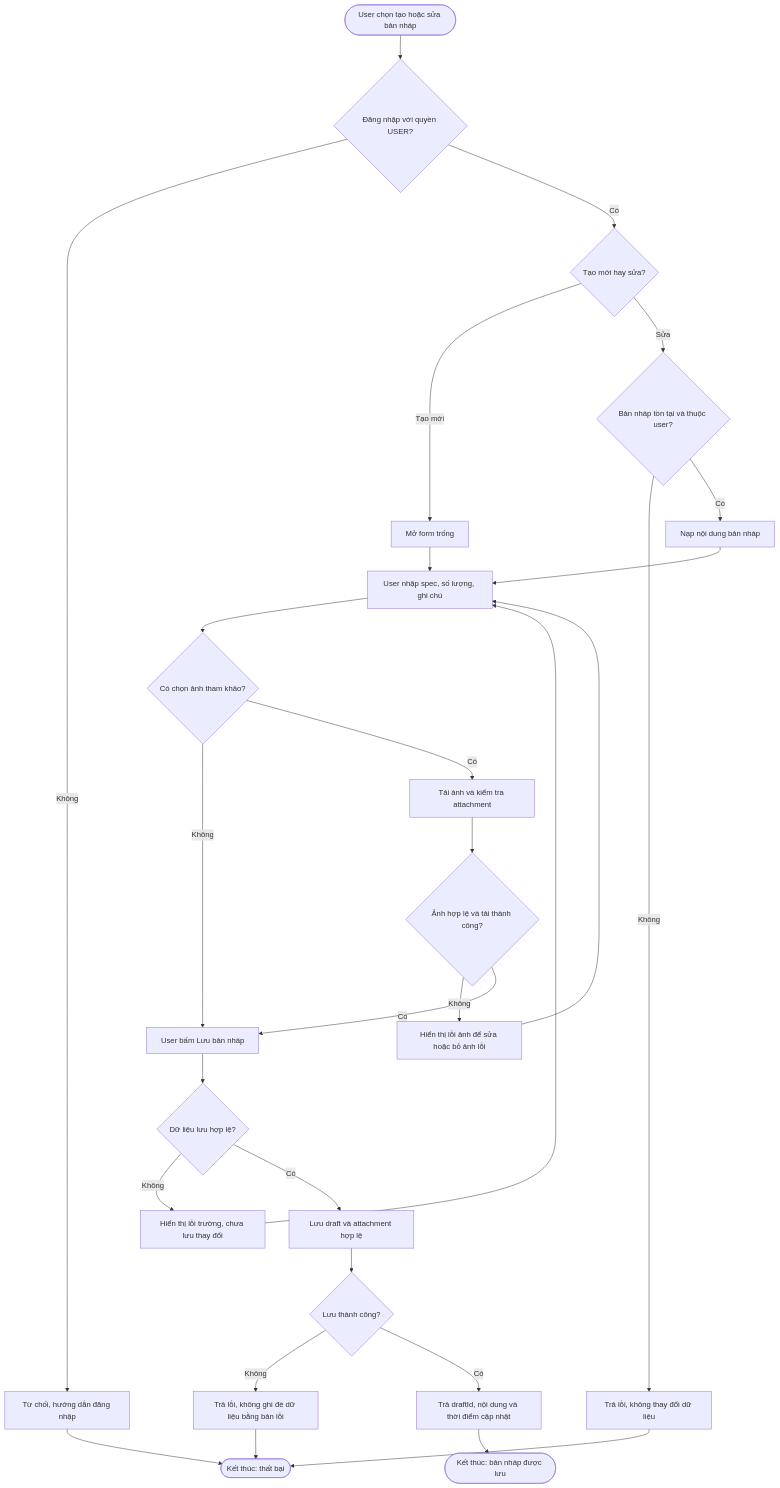
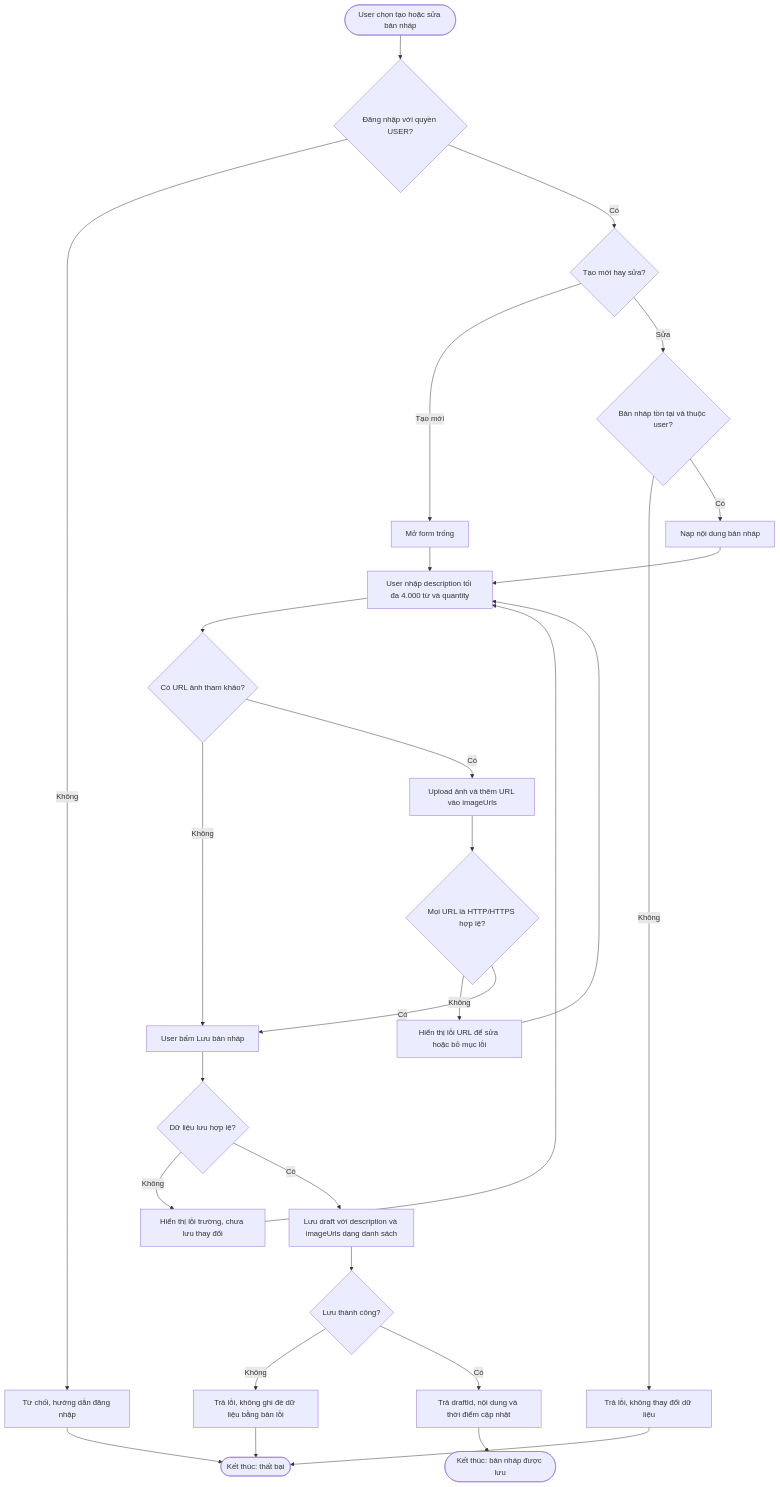
Before and after one commit to phamngoctu11/product_be: the third of 5 diagrams in docs/use-cases/WF01-custom-request/diagram.md, drawn with Mermaid. The commit also changed other lines of this file and 35 other files, not shown here.

````diff
--- a/docs/use-cases/WF01-custom-request/diagram.md
+++ b/docs/use-cases/WF01-custom-request/diagram.md
@@ -59,30 +59,30 @@
 ```mermaid
 flowchart TD
     A([User chọn tạo hoặc sửa bản nháp]) --> B{Đăng nhập với quyền USER?}
     B -->|Không| X[Từ chối, hướng dẫn đăng nhập]
     B -->|Có| C{Tạo mới hay sửa?}
     C -->|Tạo mới| D[Mở form trống]
     C -->|Sửa| E{Bản nháp tồn tại và thuộc user?}
     E -->|Không| Y[Trả lỗi, không thay đổi dữ liệu]
     E -->|Có| F[Nạp nội dung bản nháp]
-    D --> G[User nhập spec, số lượng, ghi chú]
+    D --> G[User nhập description tối đa 4.000 từ và quantity]
     F --> G
-    G --> H{Có chọn ảnh tham khảo?}
+    G --> H{Có URL ảnh tham khảo?}
     H -->|Không| I[User bấm Lưu bản nháp]
-    H -->|Có| J[Tải ảnh và kiểm tra attachment]
-    J --> K{Ảnh hợp lệ và tải thành công?}
-    K -->|Không| L[Hiển thị lỗi ảnh để sửa hoặc bỏ ảnh lỗi]
+    H -->|Có| J[Upload ảnh và thêm URL vào imageUrls]
+    J --> K{Mọi URL là HTTP/HTTPS hợp lệ?}
+    K -->|Không| L[Hiển thị lỗi URL để sửa hoặc bỏ mục lỗi]
     L --> G
     K -->|Có| I
     I --> M{Dữ liệu lưu hợp lệ?}
     M -->|Không| N[Hiển thị lỗi trường, chưa lưu thay đổi]
     N --> G
-    M -->|Có| O[Lưu draft và attachment hợp lệ]
+    M -->|Có| O[Lưu draft với description và imageUrls dạng danh sách]
     O --> P{Lưu thành công?}
     P -->|Không| Q[Trả lỗi, không ghi đè dữ liệu bằng bản lỗi]
     P -->|Có| R[Trả draftId, nội dung và thời điểm cập nhật]
     R --> S([Kết thúc: bản nháp được lưu])
     X --> T([Kết thúc: thất bại])
     Y --> T
     Q --> T
 ```
````
